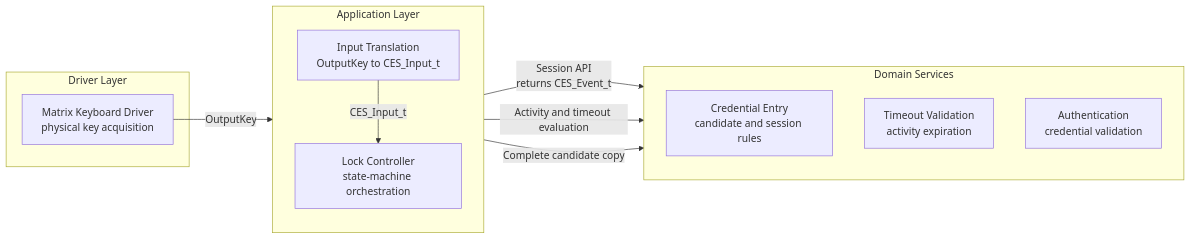
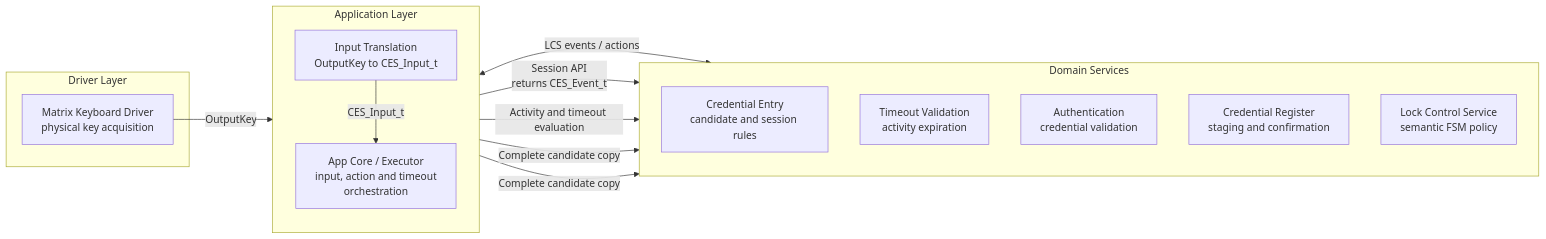
One commit to JP-REY/STM32F103C8T6-Based-Electronic-Lock changed the first of 3 diagrams in Libs/Services/Credential_Entry/README.md. Above: the diagram before and after it, drawn with Mermaid. The commit also changed other lines of this file and 22 other files, not shown here.

First line of the commit message:
docs: update project architecture and module documentation

````diff
--- a/Libs/Services/Credential_Entry/README.md
+++ b/Libs/Services/Credential_Entry/README.md
@@ -122,27 +124,30 @@
 ```mermaid
 flowchart LR
     subgraph DRIVER["Driver Layer"]
         MK["Matrix Keyboard Driver<br/>physical key acquisition"]
     end
 
     subgraph APP["Application Layer"]
         direction TB
         MAP["Input Translation<br/>OutputKey to CES_Input_t"]
-        CTRL["Lock Controller<br/>state-machine orchestration"]
+        CORE["App Core / Executor<br/>input, action and timeout<br/>orchestration"]
 
-        MAP -->|"CES_Input_t"| CTRL
+        MAP -->|"CES_Input_t"| CORE
     end
 
     subgraph SERVICES["Domain Services"]
         direction TB
         CES["Credential Entry<br/>candidate and session rules"]
         TVS["Timeout Validation<br/>activity expiration"]
         AUTH["Authentication<br/>credential validation"]
+        CRS["Credential Register<br/>staging and confirmation"]
+        LCS["Lock Control Service<br/>semantic FSM policy"]
     end
 
     MK -->|"OutputKey"| MAP
-
-    CTRL -->|"Session API<br/>returns CES_Event_t"| CES
-    CTRL -->|"Activity and timeout evaluation"| TVS
-    CTRL -->|"Complete candidate copy"| AUTH
+    CORE <-->|"LCS events / actions"| LCS
+    CORE -->|"Session API<br/>returns CES_Event_t"| CES
+    CORE -->|"Activity and timeout evaluation"| TVS
+    CORE -->|"Complete candidate copy"| AUTH
+    CORE -->|"Complete candidate copy"| CRS
 ```
````
